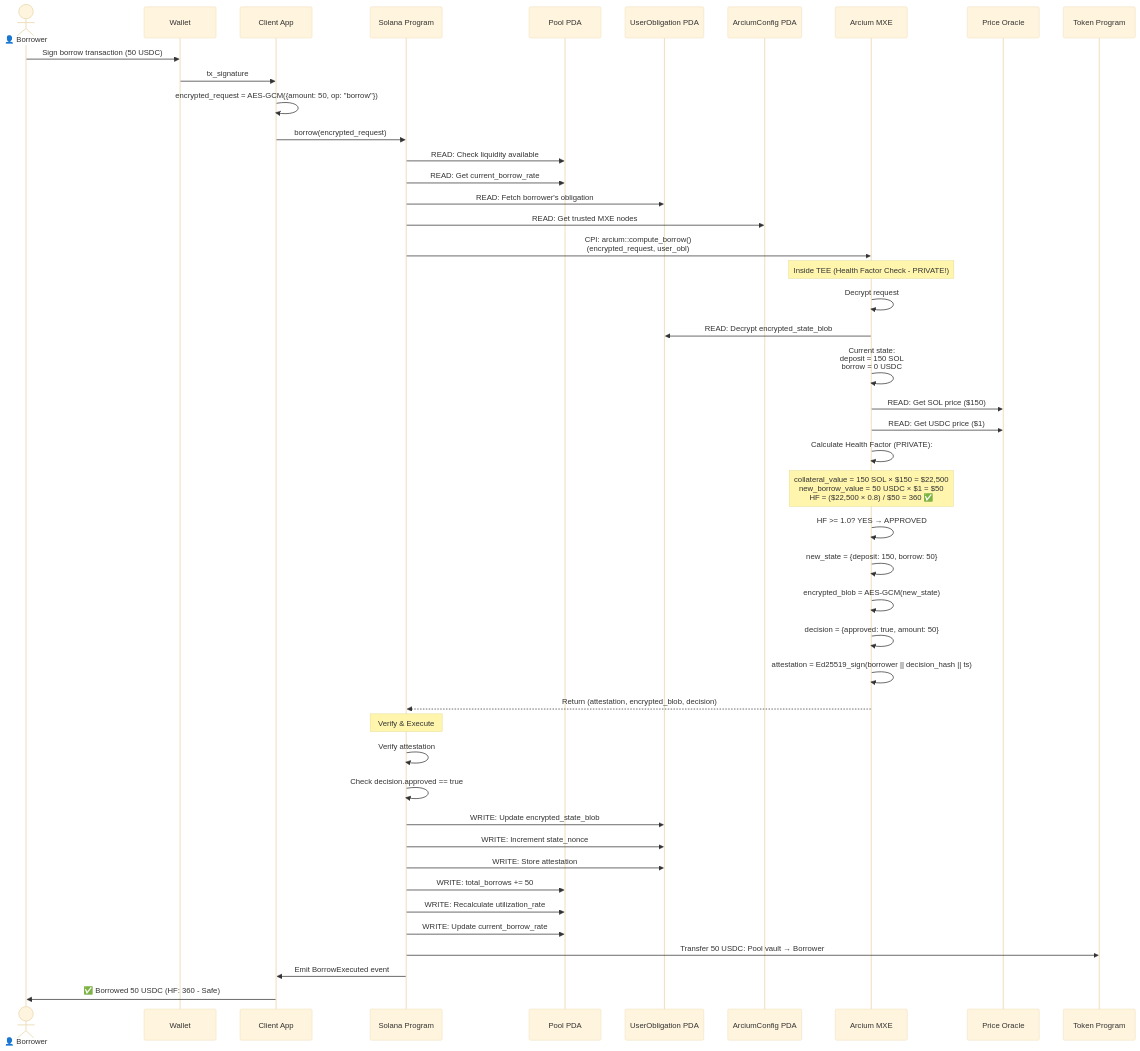
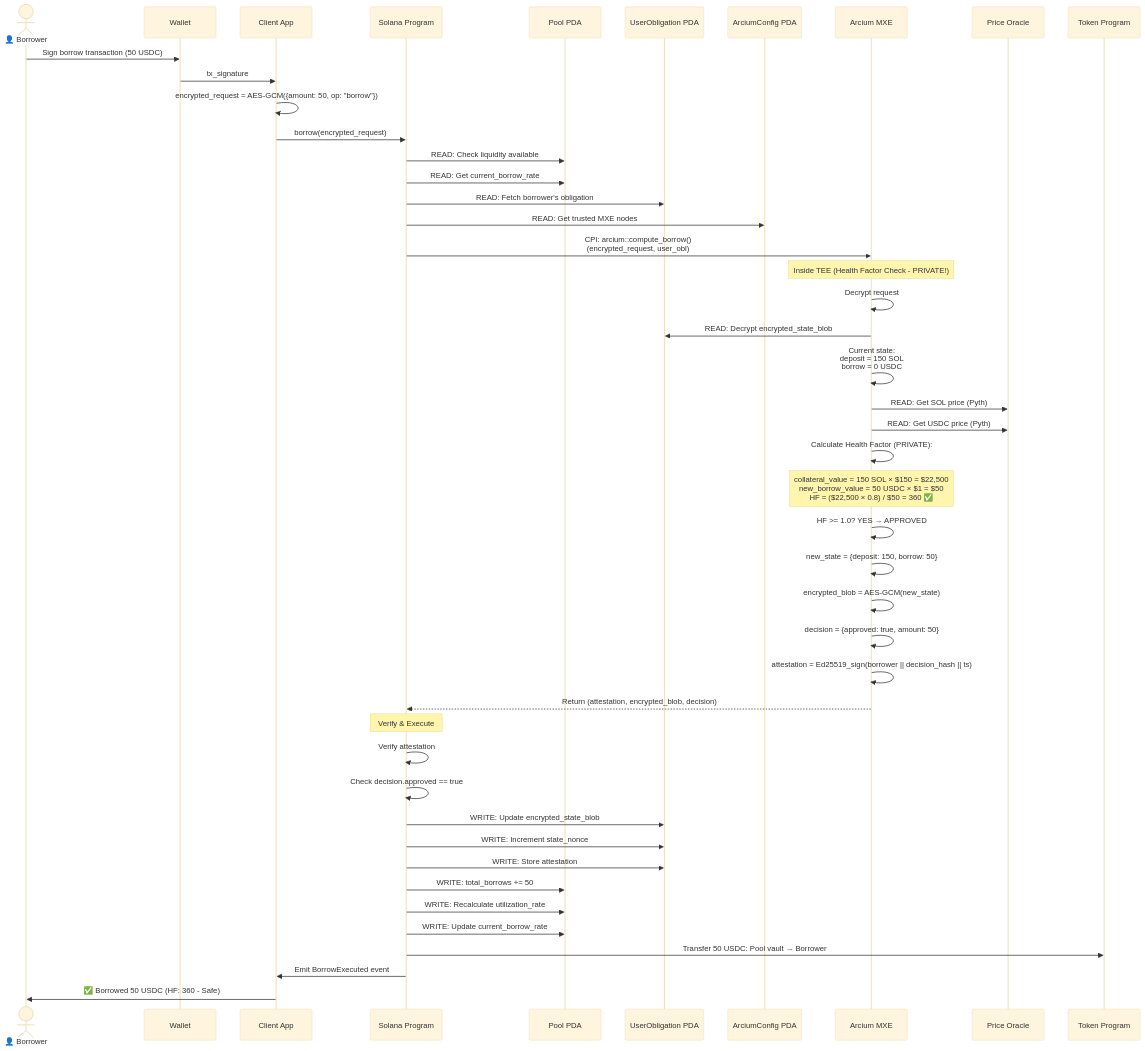
Before and after one commit to Venkat5599/ShadowLend: the third of 5 diagrams in docs/detailed_flow.md, drawn with Mermaid (base theme). The commit also changed other lines of this file and 44 other files, not shown here.

````diff
--- a/docs/detailed_flow.md
+++ b/docs/detailed_flow.md
@@ -127,62 +127,62 @@
 ```mermaid
 sequenceDiagram
     actor Borrower as 👤 Borrower
     participant Wallet as Wallet
     participant Client as Client App
     participant Solana as Solana Program
     participant Pool as Pool PDA
     participant UserObl as UserObligation PDA
     participant ArciumCfg as ArciumConfig PDA
     participant Arcium as Arcium MXE
     participant Oracle as Price Oracle
     participant Token as Token Program
 
     Borrower->>Wallet: Sign borrow transaction (50 USDC)
     Wallet->>Client: tx_signature
     Client->>Client: encrypted_request = AES-GCM({amount: 50, op: "borrow"})
 
     Client->>Solana: borrow(encrypted_request)
 
     Solana->>Pool: READ: Check liquidity available
     Solana->>Pool: READ: Get current_borrow_rate
     Solana->>UserObl: READ: Fetch borrower's obligation
     Solana->>ArciumCfg: READ: Get trusted MXE nodes
 
     Solana->>Arcium: CPI: arcium::compute_borrow()<br/>(encrypted_request, user_obl)
 
     Note over Arcium: Inside TEE (Health Factor Check - PRIVATE!)
     Arcium->>Arcium: Decrypt request
     Arcium->>UserObl: READ: Decrypt encrypted_state_blob
     Arcium->>Arcium: Current state:<br/>deposit = 150 SOL<br/>borrow = 0 USDC
 
-    Arcium->>Oracle: READ: Get SOL price ($150)
-    Arcium->>Oracle: READ: Get USDC price ($1)
+    Arcium->>Oracle: READ: Get SOL price (Pyth)
+    Arcium->>Oracle: READ: Get USDC price (Pyth)
 
     Arcium->>Arcium: Calculate Health Factor (PRIVATE):
     Note over Arcium: collateral_value = 150 SOL × $150 = $22,500<br/>new_borrow_value = 50 USDC × $1 = $50<br/>HF = ($22,500 × 0.8) / $50 = 360 ✅
 
     Arcium->>Arcium: HF >= 1.0? YES → APPROVED
     Arcium->>Arcium: new_state = {deposit: 150, borrow: 50}
     Arcium->>Arcium: encrypted_blob = AES-GCM(new_state)
     Arcium->>Arcium: decision = {approved: true, amount: 50}
     Arcium->>Arcium: attestation = Ed25519_sign(borrower || decision_hash || ts)
 
     Arcium-->>Solana: Return (attestation, encrypted_blob, decision)
 
     Note over Solana: Verify & Execute
     Solana->>Solana: Verify attestation
     Solana->>Solana: Check decision.approved == true
 
     Solana->>UserObl: WRITE: Update encrypted_state_blob
     Solana->>UserObl: WRITE: Increment state_nonce
     Solana->>UserObl: WRITE: Store attestation
 
     Solana->>Pool: WRITE: total_borrows += 50
     Solana->>Pool: WRITE: Recalculate utilization_rate
     Solana->>Pool: WRITE: Update current_borrow_rate
 
     Solana->>Token: Transfer 50 USDC: Pool vault → Borrower
 
     Solana->>Client: Emit BorrowExecuted event
     Client->>Borrower: ✅ Borrowed 50 USDC (HF: 360 - Safe)
 ```
````
